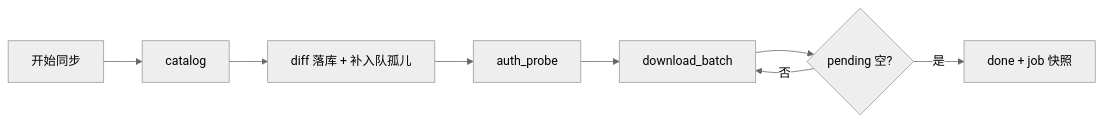
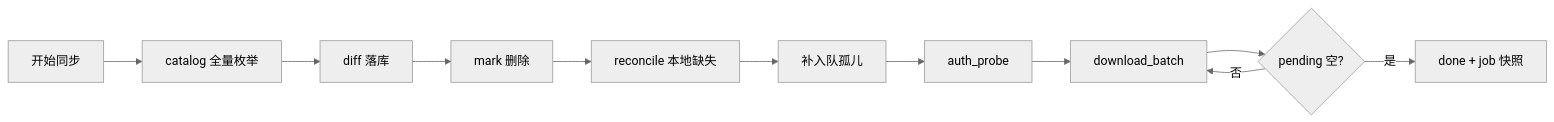
One commit to cz6c/ll-admin changed the second of 3 diagrams in apps/admin/src/views/album/cloudSyncFlow.md. Above: the diagram before and after it, drawn with Mermaid (neutral theme). The commit also changed other lines of this file and 13 other files, not shown here.

````diff
--- a/apps/admin/src/views/album/cloudSyncFlow.md
+++ b/apps/admin/src/views/album/cloudSyncFlow.md
@@ -60,10 +65,13 @@
 ```mermaid
 flowchart LR
-  A[开始同步] --> B[catalog]
-  B --> C[diff 落库 + 补入队孤儿]
-  C --> D[auth_probe]
-  D --> E[download_batch]
-  E --> F{pending 空?}
-  F -->|否| E
-  F -->|是| G[done + job 快照]
+  A[开始同步] --> B[catalog 全量枚举]
+  B --> C[diff 落库]
+  C --> D[mark 删除]
+  D --> E[reconcile 本地缺失]
+  E --> F[补入队孤儿]
+  F --> G[auth_probe]
+  G --> H[download_batch]
+  H --> I{pending 空?}
+  I -->|否| H
+  I -->|是| J[done + job 快照]
 ```
````
